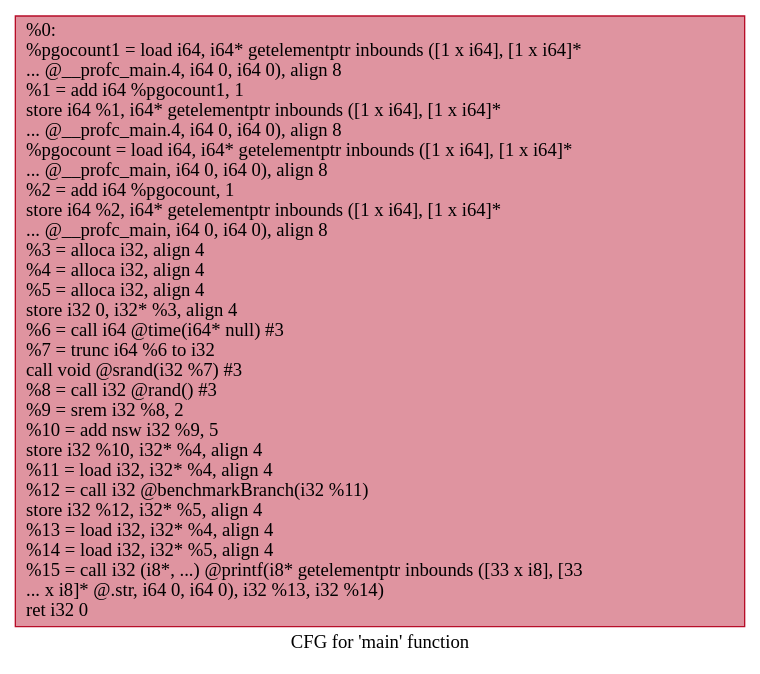
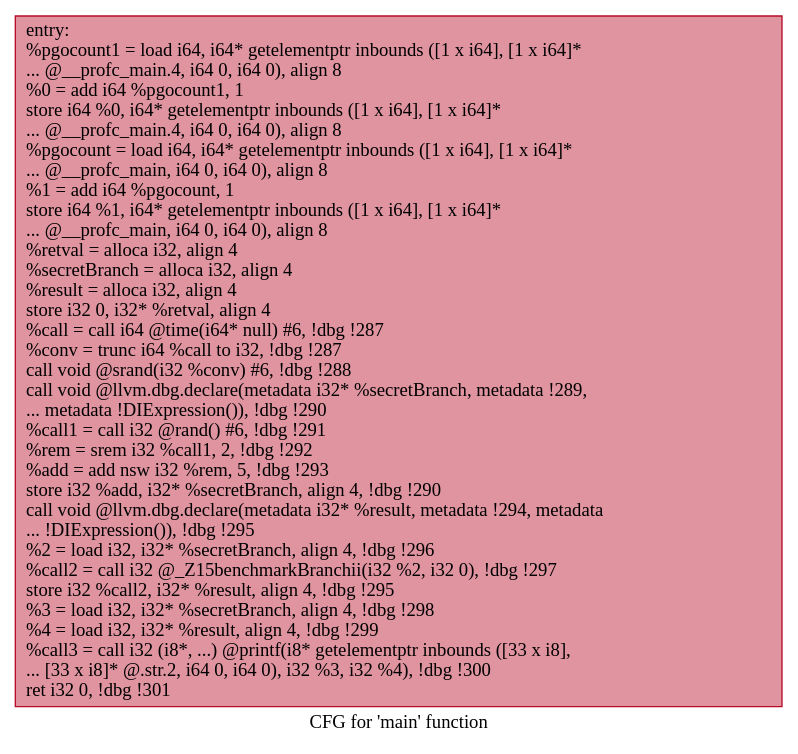
The diagram in benchmarks/correctness/dot/tmp/.main.dot (rudrajyotiroy/mirrormaze), drawn with Graphviz before and after one commit. The commit also changed 14 other files, not shown here.

```diff
--- a/benchmarks/correctness/dot/tmp/.main.dot
+++ b/benchmarks/correctness/dot/tmp/.main.dot
@@ -1,5 +1,5 @@
 digraph "CFG for 'main' function" {
 	label="CFG for 'main' function";
 
-	Node0x55a2edcbf4e0 [shape=record,color="#b70d28ff", style=filled, fillcolor="#b70d2870",label="{%0:\l  %pgocount1 = load i64, i64* getelementptr inbounds ([1 x i64], [1 x i64]*\l... @__profc_main.4, i64 0, i64 0), align 8\l  %1 = add i64 %pgocount1, 1\l  store i64 %1, i64* getelementptr inbounds ([1 x i64], [1 x i64]*\l... @__profc_main.4, i64 0, i64 0), align 8\l  %pgocount = load i64, i64* getelementptr inbounds ([1 x i64], [1 x i64]*\l... @__profc_main, i64 0, i64 0), align 8\l  %2 = add i64 %pgocount, 1\l  store i64 %2, i64* getelementptr inbounds ([1 x i64], [1 x i64]*\l... @__profc_main, i64 0, i64 0), align 8\l  %3 = alloca i32, align 4\l  %4 = alloca i32, align 4\l  %5 = alloca i32, align 4\l  store i32 0, i32* %3, align 4\l  %6 = call i64 @time(i64* null) #3\l  %7 = trunc i64 %6 to i32\l  call void @srand(i32 %7) #3\l  %8 = call i32 @rand() #3\l  %9 = srem i32 %8, 2\l  %10 = add nsw i32 %9, 5\l  store i32 %10, i32* %4, align 4\l  %11 = load i32, i32* %4, align 4\l  %12 = call i32 @benchmarkBranch(i32 %11)\l  store i32 %12, i32* %5, align 4\l  %13 = load i32, i32* %4, align 4\l  %14 = load i32, i32* %5, align 4\l  %15 = call i32 (i8*, ...) @printf(i8* getelementptr inbounds ([33 x i8], [33\l... x i8]* @.str, i64 0, i64 0), i32 %13, i32 %14)\l  ret i32 0\l}"];
+	Node0x555609237c20 [shape=record,color="#b70d28ff", style=filled, fillcolor="#b70d2870",label="{entry:\l  %pgocount1 = load i64, i64* getelementptr inbounds ([1 x i64], [1 x i64]*\l... @__profc_main.4, i64 0, i64 0), align 8\l  %0 = add i64 %pgocount1, 1\l  store i64 %0, i64* getelementptr inbounds ([1 x i64], [1 x i64]*\l... @__profc_main.4, i64 0, i64 0), align 8\l  %pgocount = load i64, i64* getelementptr inbounds ([1 x i64], [1 x i64]*\l... @__profc_main, i64 0, i64 0), align 8\l  %1 = add i64 %pgocount, 1\l  store i64 %1, i64* getelementptr inbounds ([1 x i64], [1 x i64]*\l... @__profc_main, i64 0, i64 0), align 8\l  %retval = alloca i32, align 4\l  %secretBranch = alloca i32, align 4\l  %result = alloca i32, align 4\l  store i32 0, i32* %retval, align 4\l  %call = call i64 @time(i64* null) #6, !dbg !287\l  %conv = trunc i64 %call to i32, !dbg !287\l  call void @srand(i32 %conv) #6, !dbg !288\l  call void @llvm.dbg.declare(metadata i32* %secretBranch, metadata !289,\l... metadata !DIExpression()), !dbg !290\l  %call1 = call i32 @rand() #6, !dbg !291\l  %rem = srem i32 %call1, 2, !dbg !292\l  %add = add nsw i32 %rem, 5, !dbg !293\l  store i32 %add, i32* %secretBranch, align 4, !dbg !290\l  call void @llvm.dbg.declare(metadata i32* %result, metadata !294, metadata\l... !DIExpression()), !dbg !295\l  %2 = load i32, i32* %secretBranch, align 4, !dbg !296\l  %call2 = call i32 @_Z15benchmarkBranchii(i32 %2, i32 0), !dbg !297\l  store i32 %call2, i32* %result, align 4, !dbg !295\l  %3 = load i32, i32* %secretBranch, align 4, !dbg !298\l  %4 = load i32, i32* %result, align 4, !dbg !299\l  %call3 = call i32 (i8*, ...) @printf(i8* getelementptr inbounds ([33 x i8],\l... [33 x i8]* @.str.2, i64 0, i64 0), i32 %3, i32 %4), !dbg !300\l  ret i32 0, !dbg !301\l}"];
 }
```
